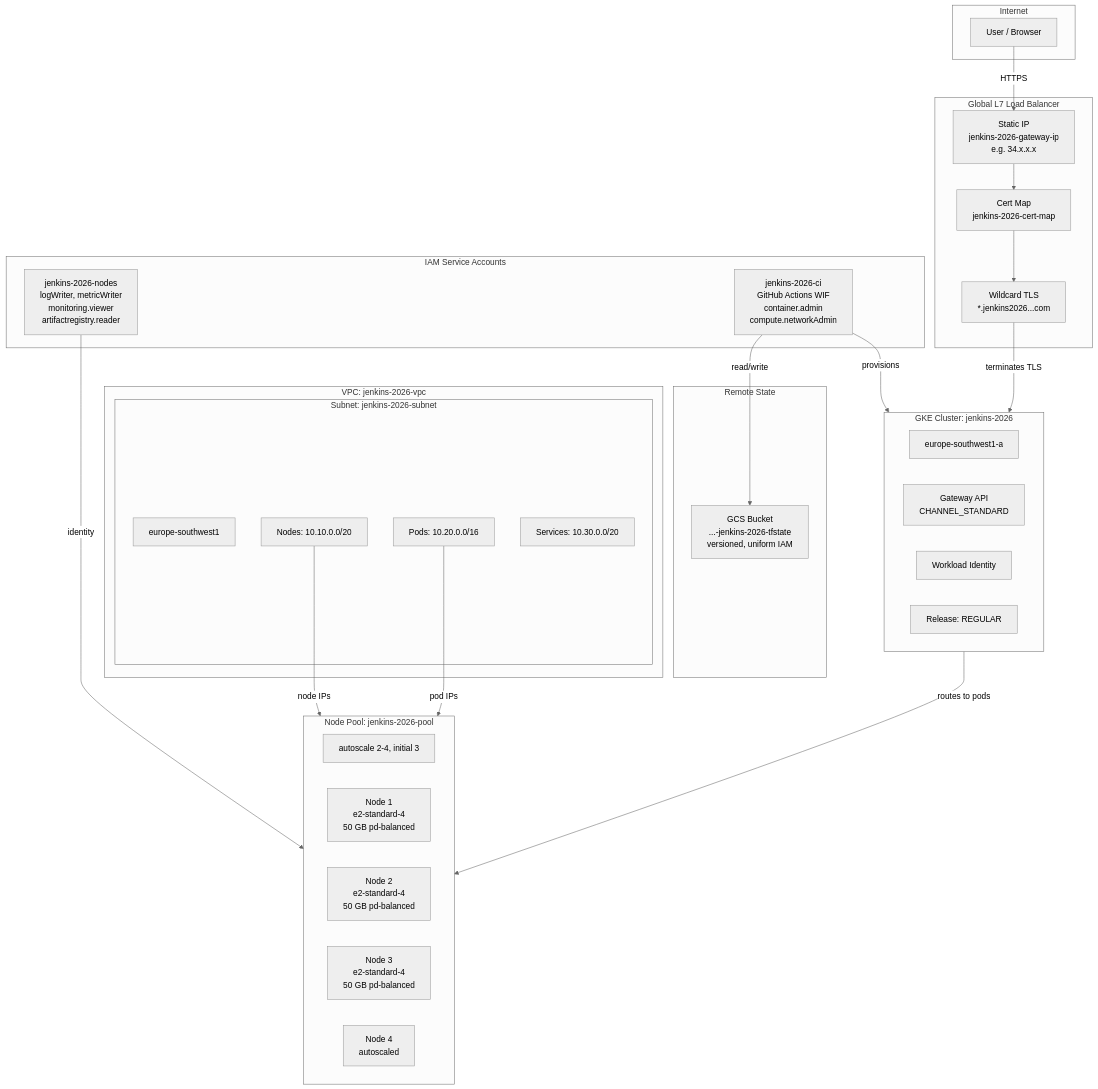
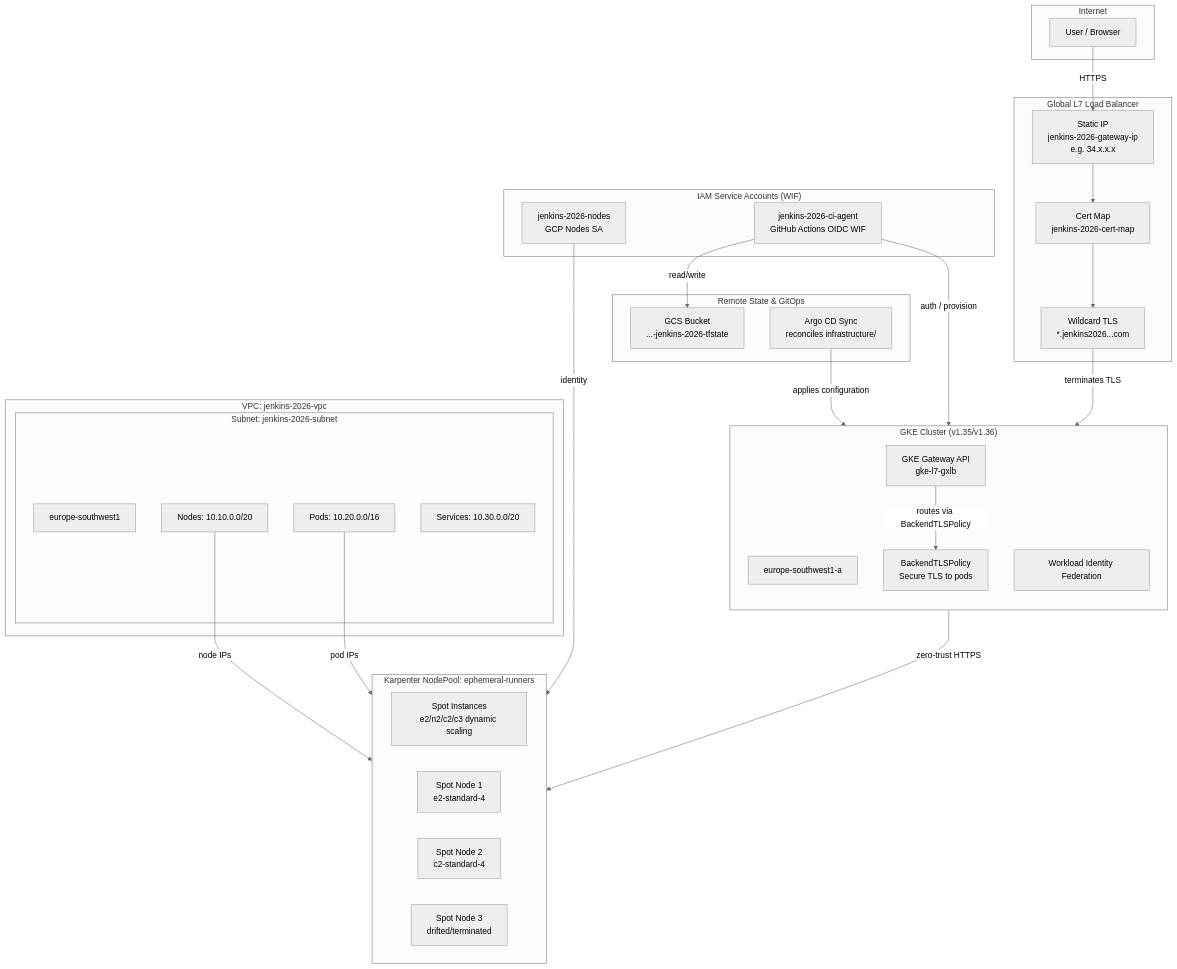
Before and after one commit to nubenetes/jenkins-2026: the seventh of 8 diagrams in README.md, drawn with Mermaid (neutral theme). The commit also changed other lines of this file, not shown here.

Commit message:
docs: improve and enrich all main README diagrams to cover Karpenter and GitOps decoupled flows

````diff
--- a/README.md
+++ b/README.md
@@ -1166,58 +1167,60 @@
 ```mermaid
 graph TD
     subgraph Internet ["Internet"]
         User["User / Browser"]
     end
 
     subgraph GlobalLB ["Global L7 Load Balancer"]
         StaticIP["Static IP<br>jenkins-2026-gateway-ip<br>e.g. 34.x.x.x"]
         CertMap["Cert Map<br>jenkins-2026-cert-map"]
         WildcardTLS["Wildcard TLS<br>*.jenkins2026...com"]
     end
 
     subgraph VPC ["VPC: jenkins-2026-vpc"]
         subgraph Subnet ["Subnet: jenkins-2026-subnet"]
             SubnetInfo["europe-southwest1"]
             NodeRange["Nodes: 10.10.0.0/20"]
             PodRange["Pods: 10.20.0.0/16"]
             SvcRange["Services: 10.30.0.0/20"]
         end
     end
 
-    subgraph Cluster ["GKE Cluster: jenkins-2026"]
+    subgraph Cluster ["GKE Cluster (v1.35/v1.36)"]
         ClusterInfo["europe-southwest1-a"]
-        direction LR
-        GatewayAPI["Gateway API<br>CHANNEL_STANDARD"]
-        WI["Workload Identity"]
-        Channel["Release: REGULAR"]
+        direction TB
+        GatewayAPI["GKE Gateway API<br/>gke-l7-gxlb"]
+        BackendTLS["BackendTLSPolicy<br/>Secure TLS to pods"]
+        WI["Workload Identity Federation"]
     end
 
-    subgraph Pool ["Node Pool: jenkins-2026-pool"]
-        PoolInfo["autoscale 2-4, initial 3"]
+    subgraph KarpenterPool ["Karpenter NodePool: ephemeral-runners"]
+        PoolInfo["Spot Instances<br/>e2/n2/c2/c3 dynamic scaling"]
         direction LR
-        N1["Node 1<br>e2-standard-4<br>50 GB pd-balanced"]
-        N2["Node 2<br>e2-standard-4<br>50 GB pd-balanced"]
-        N3["Node 3<br>e2-standard-4<br>50 GB pd-balanced"]
-        N4["Node 4<br>autoscaled"]
+        S1["Spot Node 1<br/>e2-standard-4"]
+        S2["Spot Node 2<br/>c2-standard-4"]
+        S3["Spot Node 3<br/>drifted/terminated"]
     end
 
-    subgraph IAM ["IAM Service Accounts"]
-        NodeSA["jenkins-2026-nodes<br>logWriter, metricWriter<br>monitoring.viewer<br>artifactregistry.reader"]
-        CISA["jenkins-2026-ci<br>GitHub Actions WIF<br>container.admin<br>compute.networkAdmin"]
+    subgraph IAM ["IAM Service Accounts (WIF)"]
+        NodeSA["jenkins-2026-nodes<br/>GCP Nodes SA"]
+        CISA["jenkins-2026-ci-agent<br/>GitHub Actions OIDC WIF"]
     end
 
-    subgraph State ["Remote State"]
-        GCS["GCS Bucket<br>...-jenkins-2026-tfstate<br>versioned, uniform IAM"]
+    subgraph State ["Remote State & GitOps"]
+        GCS["GCS Bucket<br>...-jenkins-2026-tfstate"]
+        ArgoCD["Argo CD Sync<br>reconciles infrastructure/"]
     end
 
     User -->|"HTTPS"| StaticIP
     StaticIP --> CertMap
     CertMap --> WildcardTLS
     WildcardTLS -->|"terminates TLS"| GatewayAPI
-    GatewayAPI -->|"routes to pods"| Pool
-    NodeRange -->|"node IPs"| Pool
-    PodRange -->|"pod IPs"| Pool
-    NodeSA -->|"identity"| Pool
-    CISA -->|"provisions"| Cluster
+    GatewayAPI -->|"routes via BackendTLSPolicy"| BackendTLS
+    BackendTLS -->|"zero-trust HTTPS"| KarpenterPool
+    NodeRange -->|"node IPs"| KarpenterPool
+    PodRange -->|"pod IPs"| KarpenterPool
+    NodeSA -->|"identity"| KarpenterPool
+    CISA -->|"auth / provision"| Cluster
     CISA -->|"read/write"| GCS
+    ArgoCD -->|"applies configuration"| Cluster
 ```
````
